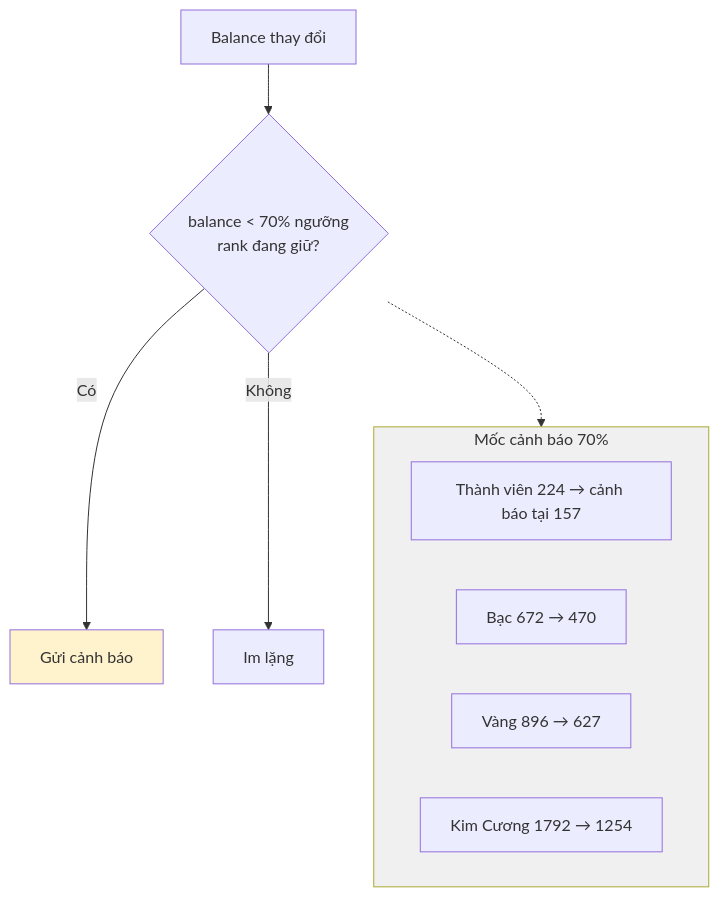
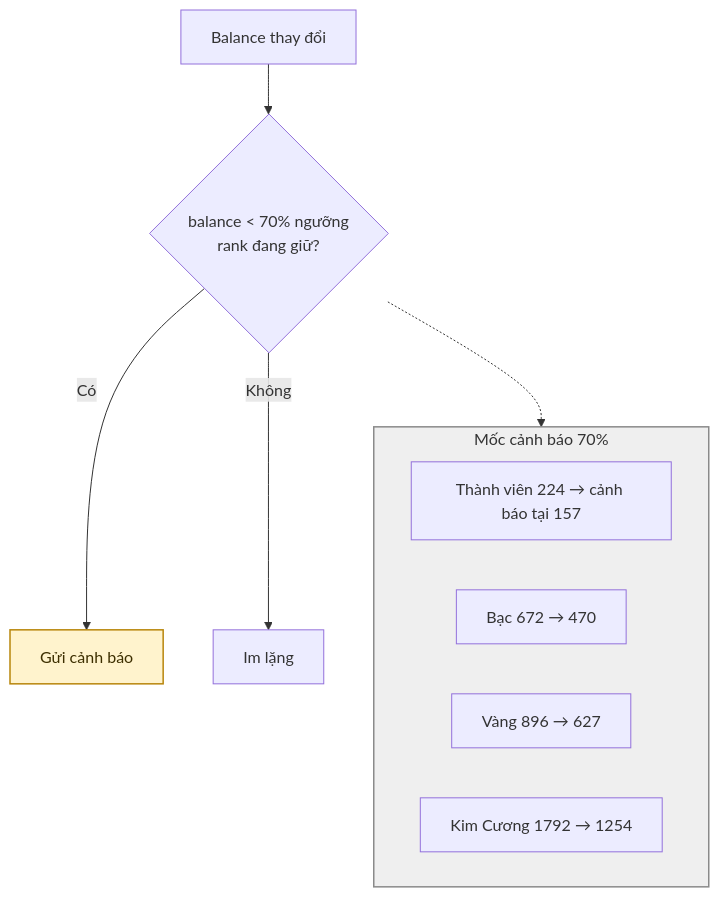
One commit to fdshn/trueheart changed the fourth of 7 diagrams in docs/diagram/12-rank.md. Above: the diagram before and after it, drawn with Mermaid. The commit also changed other lines of this file and 30 other files, not shown here.

First line of the commit message:
docs(diagram): chữ trong khối tô màu đọc được ở cả giao diện sáng và tối

````diff
--- a/docs/diagram/12-rank.md
+++ b/docs/diagram/12-rank.md
@@ -77,17 +77,17 @@
 ```mermaid
 flowchart TD
     A[Balance thay đổi] --> B{"balance < 70% ngưỡng<br/>rank đang giữ?"}
     B -->|Có| C[Gửi cảnh báo]
     B -->|Không| D[Im lặng]
 
     subgraph Mốc["Mốc cảnh báo 70%"]
         M1["Thành viên 224 → cảnh báo tại 157"]
         M2["Bạc 672 → 470"]
         M3["Vàng 896 → 627"]
         M4["Kim Cương 1792 → 1254"]
     end
     B -.-> Mốc
 
-    style C fill:#fff3cd
-    style Mốc fill:#f0f0f0
+    style C fill:#fff3cd,stroke:#b8860b,stroke-width:1.5px,color:#3d2f00
+    style Mốc fill:#8c8c8c24,stroke:#8a8a8a,stroke-width:1.5px
 ```
````
